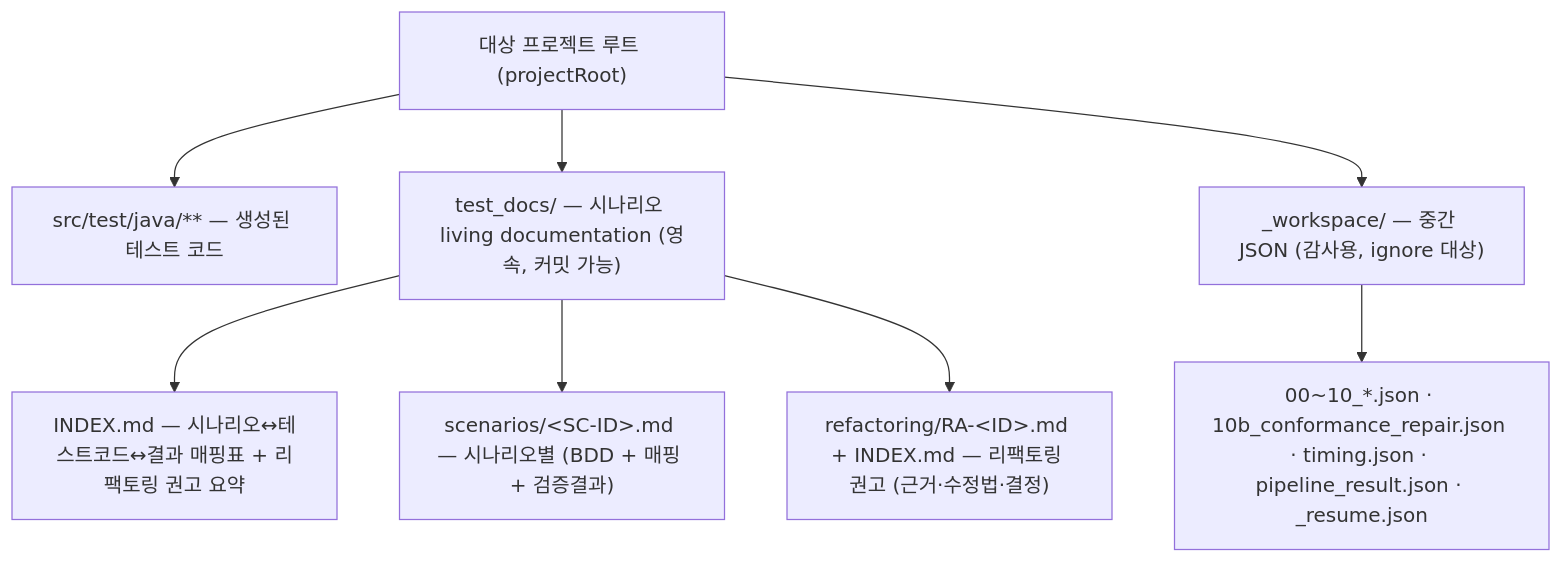
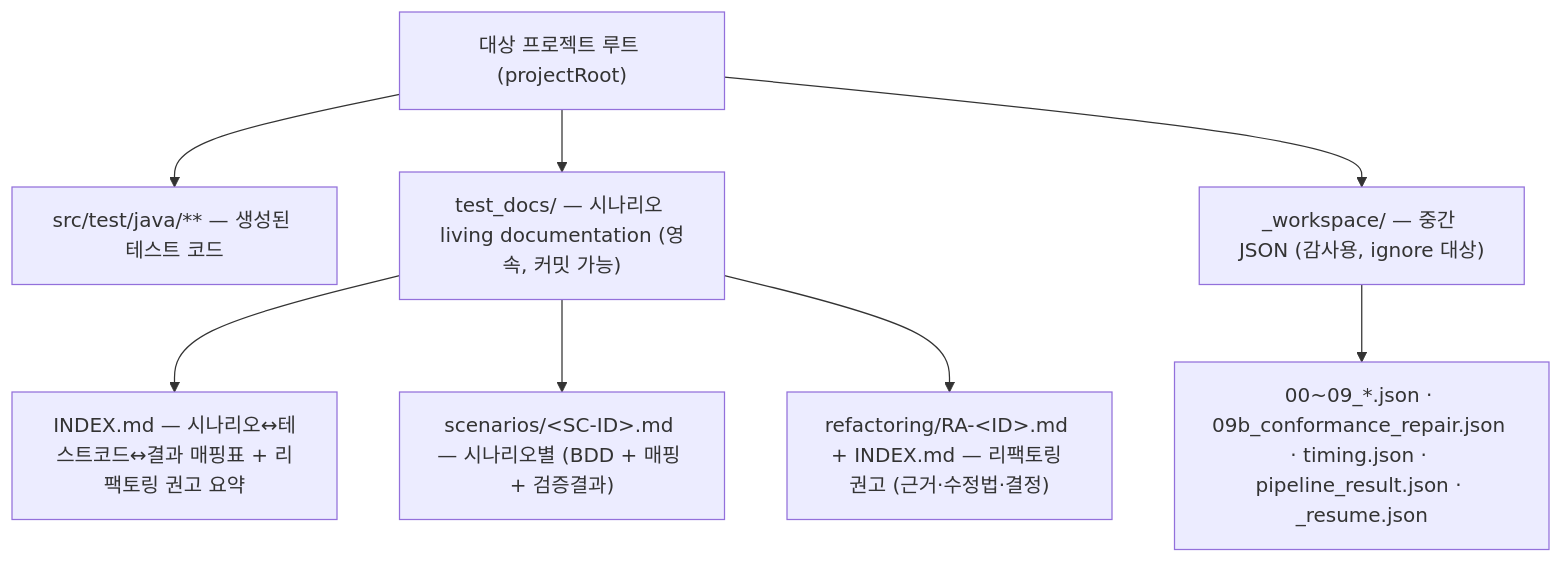
One commit to 1223v/test-autoevermation-harness changed the eighth of 8 diagrams in test-autoevermation-harness-plugin/docs/pipeline-flow.md. Above: the diagram before and after it, drawn with Mermaid. The commit also changed other lines of this file and 45 other files, not shown here.

````diff
--- a/test-autoevermation-harness-plugin/docs/pipeline-flow.md
+++ b/test-autoevermation-harness-plugin/docs/pipeline-flow.md
@@ -275,11 +268,11 @@
 ```mermaid
 flowchart TD
     Root["대상 프로젝트 루트 (projectRoot)"]
     Root --> Src["src/test/java/** — 생성된 테스트 코드"]
     Root --> Docs["test_docs/ — 시나리오 living documentation (영속, 커밋 가능)"]
     Docs --> Index["INDEX.md — 시나리오↔테스트코드↔결과 매핑표 + 리팩토링 권고 요약"]
     Docs --> Scn["scenarios/&lt;SC-ID&gt;.md — 시나리오별 (BDD + 매핑 + 검증결과)"]
     Docs --> Ra["refactoring/RA-&lt;ID&gt;.md + INDEX.md — 리팩토링 권고 (근거·수정법·결정)"]
     Root --> Ws["_workspace/ — 중간 JSON (감사용, ignore 대상)"]
-    Ws --> Wsj["00~10_*.json · 10b_conformance_repair.json · timing.json · pipeline_result.json · _resume.json"]
+    Ws --> Wsj["00~09_*.json · 09b_conformance_repair.json · timing.json · pipeline_result.json · _resume.json"]
 ```
````
